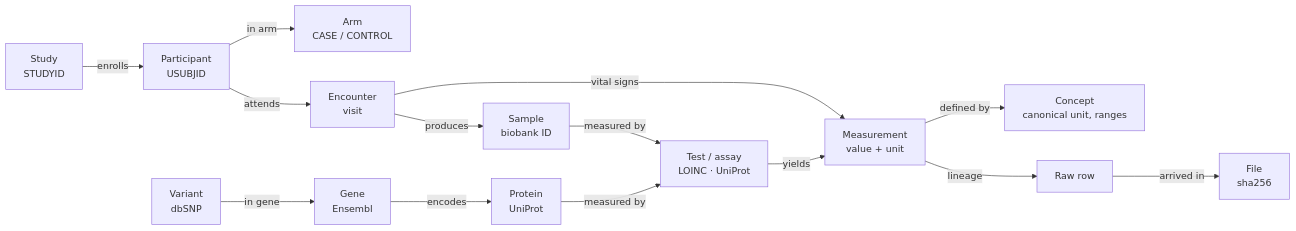
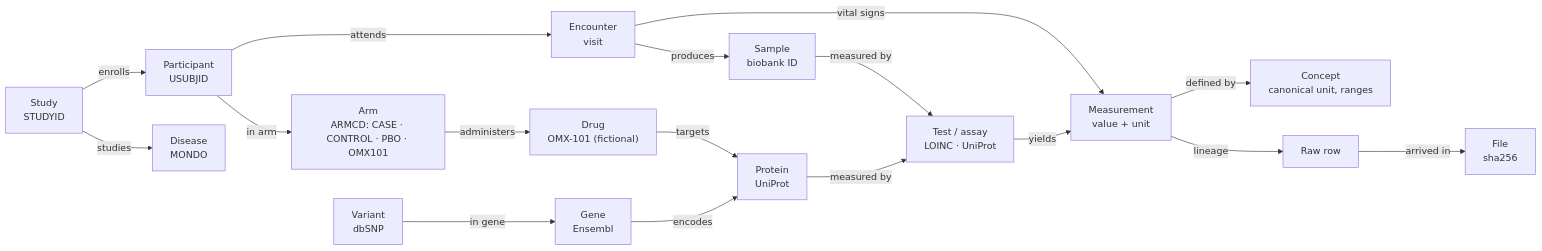
One commit to noverney/multi-omics changed the diagram in docs/glossary.md. Above: the diagram before and after it, drawn with Mermaid. The commit also changed other lines of this file and 43 other files, not shown here.

First line of the commit message:
M9: engineered drug trial IBD-04 (fictional ERAP2 inhibitor on real genetics)

````diff
--- a/docs/glossary.md
+++ b/docs/glossary.md
@@ -5,15 +5,18 @@
 ```mermaid
 flowchart LR
   study["Study<br/>STUDYID"] -->|enrolls| participant["Participant<br/>USUBJID"]
-  participant -->|in arm| arm["Arm<br/>CASE / CONTROL"]
+  study -->|studies| disease["Disease<br/>MONDO"]
+  participant -->|in arm| arm["Arm<br/>ARMCD: CASE · CONTROL · PBO · OMX101"]
+  arm -->|administers| drug["Drug<br/>OMX-101 (fictional)"]
+  drug -->|targets| protein
   participant -->|attends| encounter["Encounter<br/>visit"]
   encounter -->|produces| sample["Sample<br/>biobank ID"]
   sample -->|measured by| test["Test / assay<br/>LOINC · UniProt"]
   encounter -->|vital signs| measurement
   test -->|yields| measurement["Measurement<br/>value + unit"]
   measurement -->|defined by| concept["Concept<br/>canonical unit, ranges"]
   variant["Variant<br/>dbSNP"] -->|in gene| gene["Gene<br/>Ensembl"]
   gene -->|encodes| protein["Protein<br/>UniProt"]
   protein -->|measured by| test
   measurement -->|lineage| raw["Raw row"] -->|arrived in| file["File<br/>sha256"]
 ```
````
